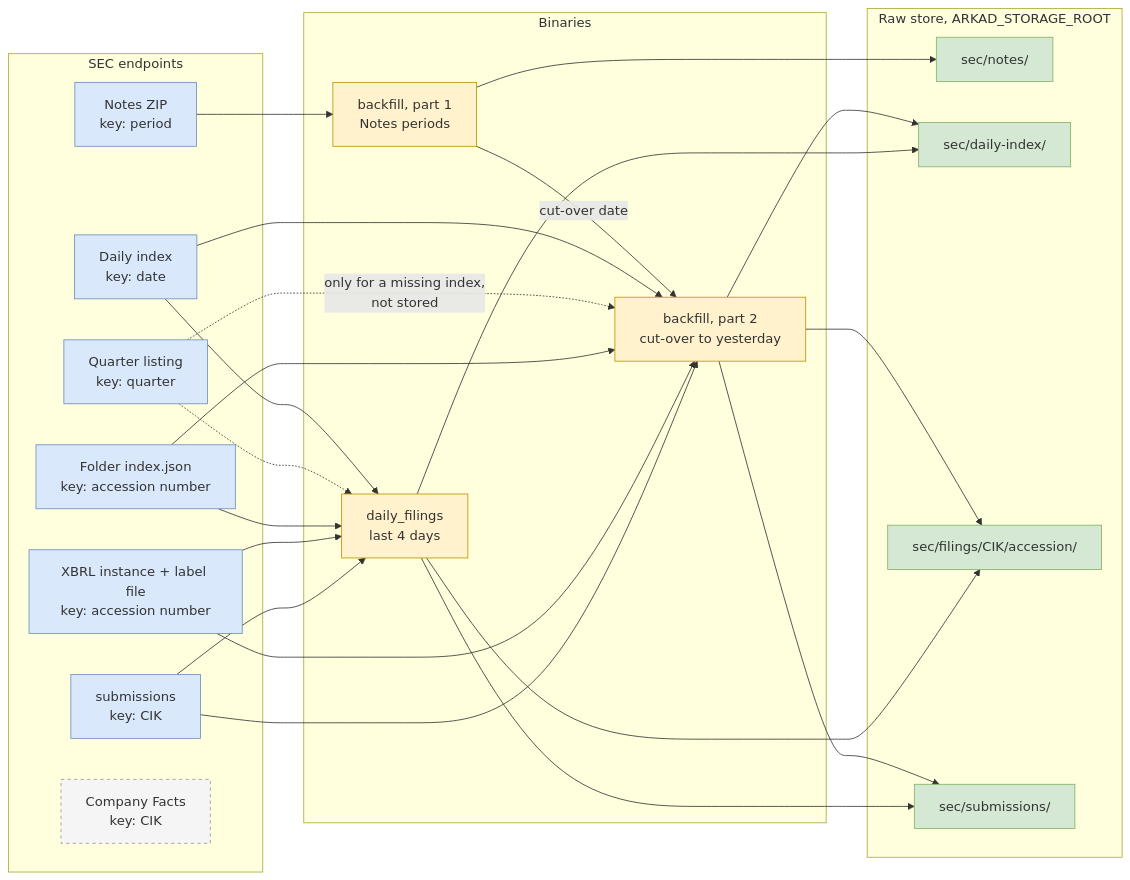
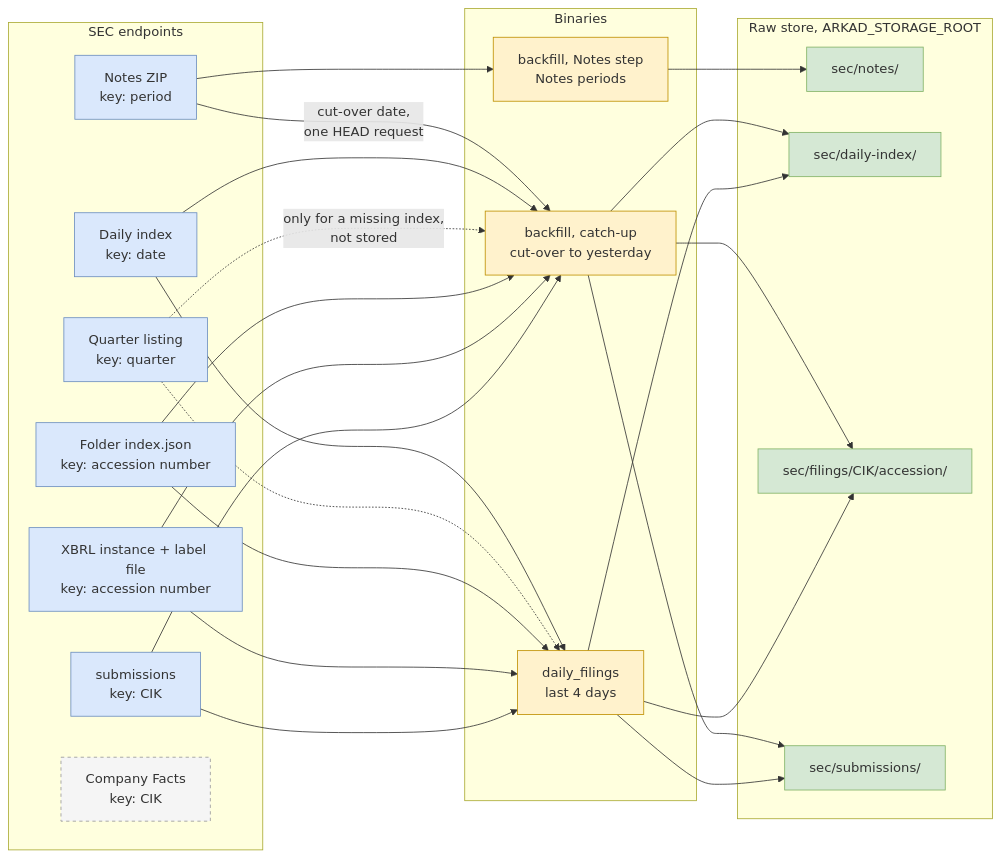
Before and after one commit to ironcapitaleu/arkad: the first of 4 diagrams in sec/design/pipeline/extraction_overview.md, drawn with Mermaid. The commit also changed other lines of this file and 16 other files, not shown here.

First line of the commit message:
refactor(sec): run the Notes periods and the catch-up in backfill().all() (#513)

````diff
--- a/sec/design/pipeline/extraction_overview.md
+++ b/sec/design/pipeline/extraction_overview.md
@@ -22,49 +23,49 @@
 ```mermaid
 flowchart LR
     classDef sec fill:#dae8fc,stroke:#6c8ebf
     classDef bin fill:#fff2cc,stroke:#bf9000
     classDef store fill:#d5e8d4,stroke:#82b366
     classDef unused fill:#f5f5f5,stroke:#999999,stroke-dasharray: 4 4
 
     subgraph SEC["SEC endpoints"]
         NZ["Notes ZIP<br/>key: period"]:::sec
         DI["Daily index<br/>key: date"]:::sec
         QL["Quarter listing<br/>key: quarter"]:::sec
         FI["Folder index.json<br/>key: accession number"]:::sec
         XI["XBRL instance + label file<br/>key: accession number"]:::sec
         SU["submissions<br/>key: CIK"]:::sec
         CF["Company Facts<br/>key: CIK"]:::unused
     end
 
     subgraph RUN["Binaries"]
-        BF1["backfill, part 1<br/>Notes periods"]:::bin
-        BF2["backfill, part 2<br/>cut-over to yesterday"]:::bin
+        BF1["backfill, Notes step<br/>Notes periods"]:::bin
+        BF2["backfill, catch-up<br/>cut-over to yesterday"]:::bin
         DF["daily_filings<br/>last 4 days"]:::bin
     end
 
     subgraph RAW["Raw store, ARKAD_STORAGE_ROOT"]
         RN["sec/notes/"]:::store
         RD["sec/daily-index/"]:::store
         RF["sec/filings/CIK/accession/"]:::store
         RS["sec/submissions/"]:::store
     end
 
     NZ --> BF1 --> RN
-    BF1 -- "cut-over date" --> BF2
+    NZ -- "cut-over date,<br/>one HEAD request" --> BF2
     DI --> BF2
     DI --> DF
     QL -. "only for a missing index,<br/>not stored" .-> BF2
     QL -.-> DF
     FI --> BF2
     FI --> DF
     XI --> BF2
     XI --> DF
     SU --> BF2
     SU --> DF
     BF2 --> RD
     BF2 --> RF
     BF2 --> RS
     DF --> RD
     DF --> RF
     DF --> RS
 ```
````
